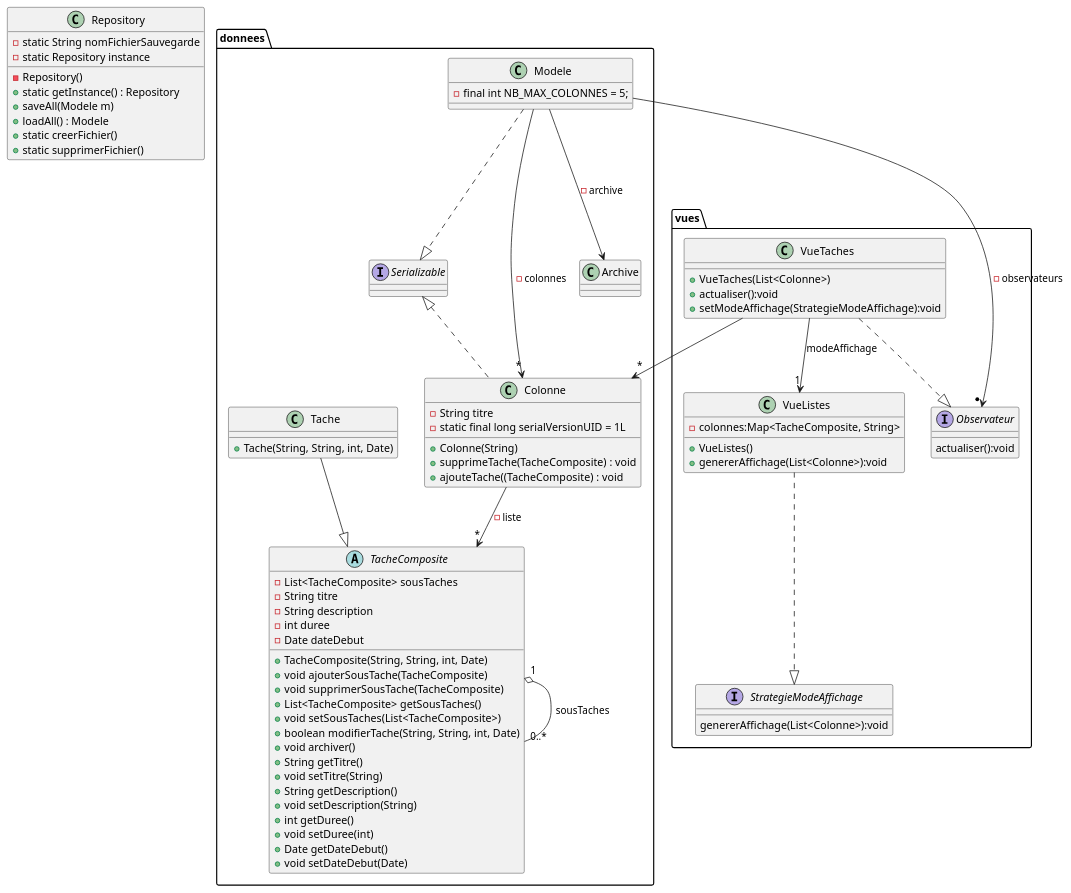
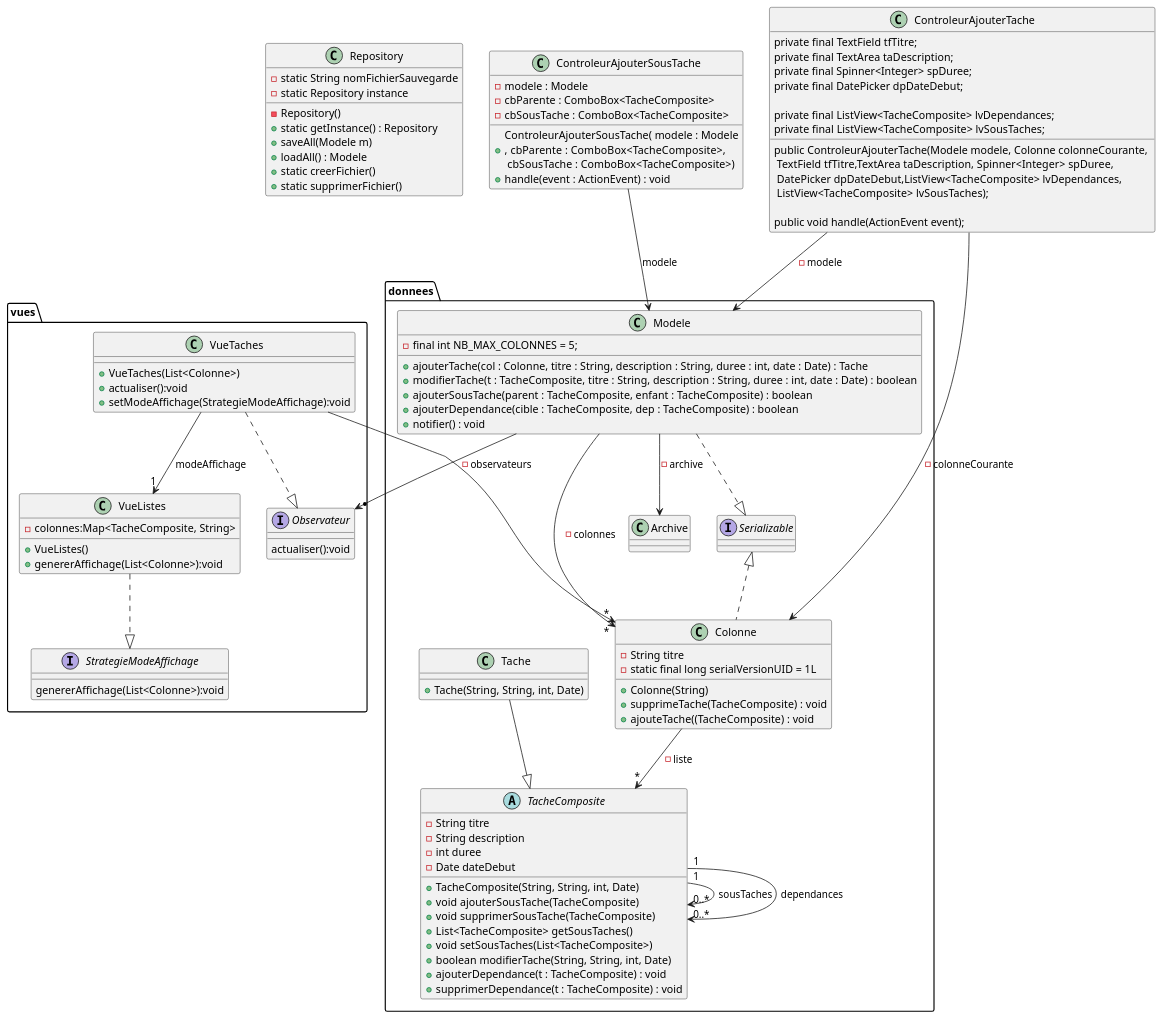
Before and after one commit to AlexanderCARNET/SAE_3_01_dev_application: the diagram in Ollert_QDEV/diagrammes/iteration2/DiagrammClasses.puml, drawn with PlantUML.

Commit message:
[Doc] Ajout des controlleur dans le Diagramme de classe

```diff
--- a/Ollert_QDEV/diagrammes/iteration2/DiagrammClasses.puml
+++ b/Ollert_QDEV/diagrammes/iteration2/DiagrammClasses.puml
@@ -1,100 +1,134 @@
 @startuml
 
 package donnees {
 
     class Modele {
             - final int NB_MAX_COLONNES = 5;
+
+            + ajouterTache(col : Colonne, titre : String, description : String, duree : int, date : Date) : Tache
+            + modifierTache(t : TacheComposite, titre : String, description : String, duree : int, date : Date) : boolean
+            + ajouterSousTache(parent : TacheComposite, enfant : TacheComposite) : boolean
+            + ajouterDependance(cible : TacheComposite, dep : TacheComposite) : boolean
+            + notifier() : void
+
+
         }
         Modele ..|> Serializable
         Modele --> "*" Colonne : - colonnes
 
         Modele --> Archive : - archive
 
     abstract class TacheComposite {
-        - List<TacheComposite> sousTaches
         - String titre
         - String description
         - int duree
         - Date dateDebut
 
         + TacheComposite(String, String, int, Date)
         + void ajouterSousTache(TacheComposite)
         + void supprimerSousTache(TacheComposite)
         + List<TacheComposite> getSousTaches()
         + void setSousTaches(List<TacheComposite>)
         + boolean modifierTache(String, String, int, Date)
-        + void archiver()
-        + String getTitre()
-        + void setTitre(String)
-        + String getDescription()
-        + void setDescription(String)
-        + int getDuree()
-        + void setDuree(int)
-        + Date getDateDebut()
-        + void setDateDebut(Date)
++ ajouterDependance(t : TacheComposite) : void
++ supprimerDependance(t : TacheComposite) : void
     }
 
     class Tache {
         + Tache(String, String, int, Date)
     }
 
     Tache --|> TacheComposite
 
-    TacheComposite "1" o-- "0..*" TacheComposite : sousTaches
+    TacheComposite "1" --> "0..*" TacheComposite : sousTaches
+        TacheComposite "1" --> "0..*" TacheComposite : dependances
+
 
     interface Serializable
     class Colonne {
     - String titre
     - static final long serialVersionUID = 1L
     + Colonne(String)
     + supprimeTache(TacheComposite) : void
     + ajouteTache((TacheComposite) : void
 
     }
     Colonne -->  "*" TacheComposite : - liste
     Colonne .u.|> Serializable
 }
 
 class Repository{
     - static String nomFichierSauvegarde
     - static Repository instance
     - Repository()
     + static getInstance() : Repository
     + saveAll(Modele m)
     + loadAll() : Modele
     + static creerFichier()
     + static supprimerFichier()
 }
 
 package vues{
     interface StrategieModeAffichage{
         genererAffichage(List<Colonne>):void
     }
 
     interface Observateur{
         actualiser():void
     }
 
     class VueListes{
         - colonnes:Map<TacheComposite, String>
 
         + VueListes()
         + genererAffichage(List<Colonne>):void
     }
 
     class VueTaches{
         + VueTaches(List<Colonne>)
         + actualiser():void
         + setModeAffichage(StrategieModeAffichage):void
     }
 }
 
+ class ControleurAjouterTache  {
+
+
+    private final TextField tfTitre;
+    private final TextArea taDescription;
+    private final Spinner<Integer> spDuree;
+    private final DatePicker dpDateDebut;
+
+    private final ListView<TacheComposite> lvDependances;
+    private final ListView<TacheComposite> lvSousTaches;
+
+    public ControleurAjouterTache(Modele modele, Colonne colonneCourante, \n TextField tfTitre,TextArea taDescription, Spinner<Integer> spDuree, \n DatePicker dpDateDebut,ListView<TacheComposite> lvDependances, \n ListView<TacheComposite> lvSousTaches);
+
+    public void handle(ActionEvent event);
+
+}
+
+class ControleurAjouterSousTache{
+- modele : Modele
+- cbParente : ComboBox<TacheComposite>
+- cbSousTache : ComboBox<TacheComposite>
++ ControleurAjouterSousTache( modele : Modele\n,  cbParente : ComboBox<TacheComposite>, \n cbSousTache : ComboBox<TacheComposite>)
++ handle(event : ActionEvent) : void
+}
+
+ControleurAjouterSousTache --> Modele : modele
+
+
+
+ ControleurAjouterTache --> Modele : - modele
+ ControleurAjouterTache --> Colonne : -colonneCourante
+
 
 VueListes ..|> StrategieModeAffichage
 VueTaches ..|> Observateur
 
 VueTaches --> "1" VueListes:modeAffichage
 VueTaches --> "*" Colonne
 Modele --> "* "Observateur : - observateurs
 
 @enduml
```
